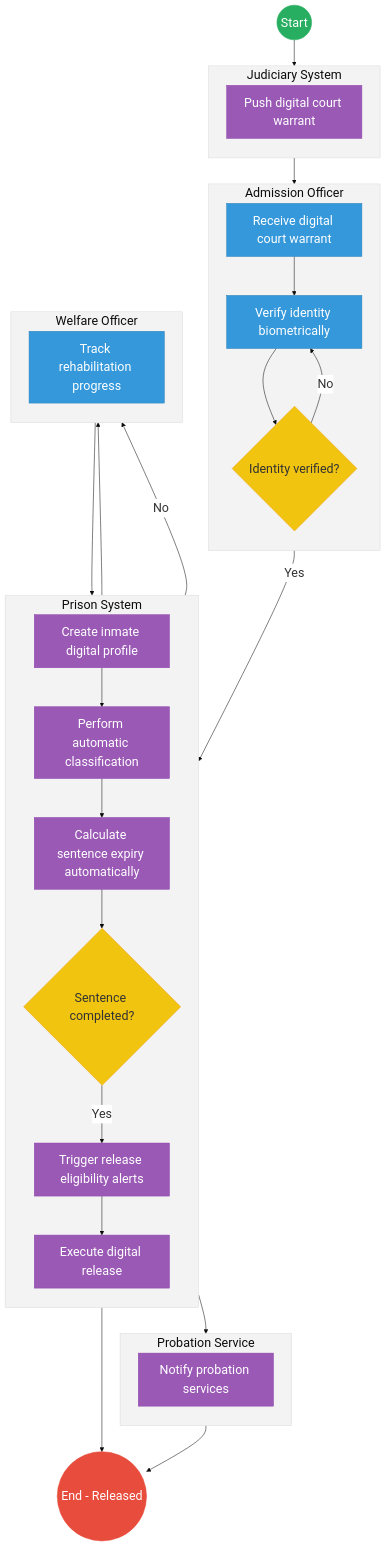
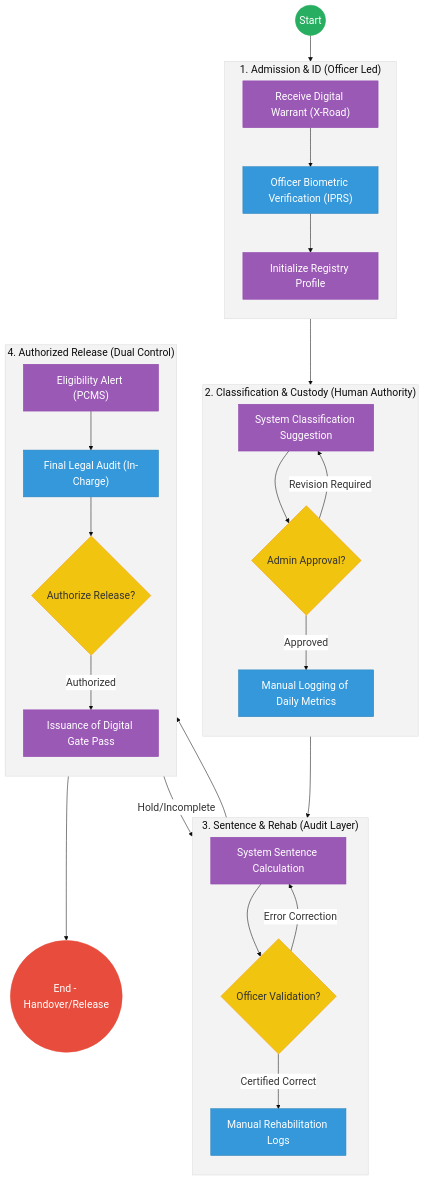
One commit to BITZ-IT-Consulting-LTD/ictapoc changed the second of 2 diagrams in mdas/docs_final/priority_mdas/STATE_DEPARTMENT_FOR_CORRECTIONAL_SERVICES___Service_Delivery.md. Above: the diagram before and after it, drawn with Mermaid. The commit also changed other lines of this file and 6 other files, not shown here.

````diff
--- a/mdas/docs_final/priority_mdas/STATE_DEPARTMENT_FOR_CORRECTIONAL_SERVICES___Service_Delivery.md
+++ b/mdas/docs_final/priority_mdas/STATE_DEPARTMENT_FOR_CORRECTIONAL_SERVICES___Service_Delivery.md
@@ -166,78 +200,71 @@
 ```mermaid
-%%{init: { 'theme': 'base', 'themeVariables': { 'fontSize': '24px', 'fontFamily': 'Inter, system-ui, sans-serif', 'primaryColor': '#ffffff', 'edgeLabelBackground':'#ffffff', 'tertiaryColor': '#f3f3f3', 'mainBkg': '#ffffff', 'nodeBorder': '#333333' } } }%%
+%%{init: { 'theme': 'base', 'themeVariables': { 'fontSize': '20px', 'fontFamily': 'Inter, system-ui, sans-serif', 'primaryColor': '#ffffff', 'edgeLabelBackground':'#ffffff', 'tertiaryColor': '#f3f3f3', 'mainBkg': '#ffffff', 'nodeBorder': '#333333' } } }%%
 flowchart TD
     %% Events
     Start((Start))
-    EndProcess(("End - Released"))
+    EndProcess(("End - Handover/Release"))
 
-    subgraph Judiciary["Judiciary System"]
+    subgraph Admission_Stage["1. Admission & ID (Officer Led)"]
         direction TB
-        PushWarrant["Push digital court warrant"]
+        DigWarrant["Receive Digital Warrant (X-Road)"]
+        BioVerify["Officer Biometric Verification (IPRS)"]
+        InitRecord["Initialize Registry Profile"]
     end
 
-    subgraph AdmissionOfficer["Admission Officer"]
+    subgraph Custody_Control["2. Classification & Custody (Human Authority)"]
         direction TB
-        RecWarrant["Receive digital court warrant"]
-        VerifyBio["Verify identity biometrically"]
-        IDGateway{"Identity verified?"}
+        SystemClassify["System Classification Suggestion"]
+        AdminApprove{Admin Approval?}
+        LogDaily["Manual Logging of Daily Metrics"]
     end
 
-    subgraph PrisonSystem["Prison System"]
+    subgraph Sentence_Validation["3. Sentence & Rehab (Audit Layer)"]
         direction TB
-        CreateProfile["Create inmate digital profile"]
-        AutoClassify["Perform automatic classification"]
-        CalcExpiry["Calculate sentence expiry automatically"]
-        SentGateway{"Sentence completed?"}
-        TriggerAlert["Trigger release eligibility alerts"]
-        ExecRelease["Execute digital release"]
+        CalcSent["System Sentence Calculation"]
+        OfficerValidate{Officer Validation?}
+        ProgressLogs["Manual Rehabilitation Logs"]
     end
 
-    subgraph WelfareOfficer["Welfare Officer"]
+    subgraph Release_Authorization["4. Authorized Release (Dual Control)"]
         direction TB
-        TrackRehab["Track rehabilitation progress"]
-    end
-
-    subgraph ProbationService["Probation Service"]
-        direction TB
-        NotifyProb["Notify probation services"]
+        Alert["Eligibility Alert (PCMS)"]
+        FinalAudit["Final Legal Audit (In-Charge)"]
+        AuthRelease{Authorize Release?}
+        GatePass["Issuance of Digital Gate Pass"]
     end
 
     %% Flow connections
-    Start --> PushWarrant
-    PushWarrant --> RecWarrant
-    RecWarrant --> VerifyBio
-    VerifyBio --> IDGateway
+    Start --> DigWarrant
+    DigWarrant --> BioVerify
+    BioVerify --> InitRecord
+    InitRecord --> SystemClassify
+    SystemClassify --> AdminApprove
+    AdminApprove -- "Approved" --> LogDaily
+    AdminApprove -- "Revision Required" --> SystemClassify
     
-    IDGateway -- "No" --> VerifyBio
-    IDGateway -- "Yes" --> CreateProfile
+    LogDaily --> CalcSent
+    CalcSent --> OfficerValidate
+    OfficerValidate -- "Certified Correct" --> ProgressLogs
+    OfficerValidate -- "Error Correction" --> CalcSent
     
-    CreateProfile --> AutoClassify
-    AutoClassify --> TrackRehab
-    AutoClassify --> CalcExpiry
+    ProgressLogs --> Alert
+    Alert --> FinalAudit
+    FinalAudit --> AuthRelease
+    AuthRelease -- "Authorized" --> GatePass
+    AuthRelease -- "Hold/Incomplete" --> ProgressLogs
     
-    TrackRehab --> CalcExpiry
-    
-    CalcExpiry --> SentGateway
-    
-    SentGateway -- "No" --> TrackRehab
-    SentGateway -- "Yes" --> TriggerAlert
-    
-    TriggerAlert --> NotifyProb
-    TriggerAlert --> ExecRelease
-    
-    NotifyProb --> EndProcess
-    ExecRelease --> EndProcess
+    GatePass --> EndProcess
 
     %% Styling
-    classDef startEvent fill:#27ae60,stroke:#27ae60,color:#fff,font-size:24px,font-size:24px;;
-    classDef endEvent fill:#e74c3c,stroke:#e74c3c,color:#fff,font-size:24px,font-size:24px;;
-    classDef userTask fill:#3498db,stroke:#2980b9,color:#fff,font-size:24px,font-size:24px;;
-    classDef serviceTask fill:#9b59b6,stroke:#8e44ad,color:#fff,font-size:24px,font-size:24px;;
-    classDef gateway fill:#f1c40f,stroke:#f39c12,color:#333,font-size:24px,font-size:24px;;
+    classDef startEvent fill:#27ae60,stroke:#27ae60,color:#fff,font-size:20px;;
+    classDef endEvent fill:#e74c3c,stroke:#e74c3c,color:#fff,font-size:20px;;
+    classDef humanTask fill:#3498db,stroke:#2980b9,color:#fff,font-size:20px;;
+    classDef sysSupport fill:#9b59b6,stroke:#8e44ad,color:#fff,font-size:20px;;
+    classDef gateway fill:#f1c40f,stroke:#f39c12,color:#333,font-size:20px;;
     
     class Start startEvent;
     class EndProcess endEvent;
-    class IDGateway,SentGateway gateway;
-    class PushWarrant,CreateProfile,AutoClassify,CalcExpiry,TriggerAlert,NotifyProb,ExecRelease serviceTask;
-    class RecWarrant,VerifyBio,TrackRehab userTask;
+    class AdminApprove,OfficerValidate,AuthRelease gateway;
+    class DigWarrant,InitRecord,SystemClassify,CalcSent,Alert,GatePass sysSupport;
+    class BioVerify,LogDaily,ProgressLogs,FinalAudit humanTask;
 ```
````
